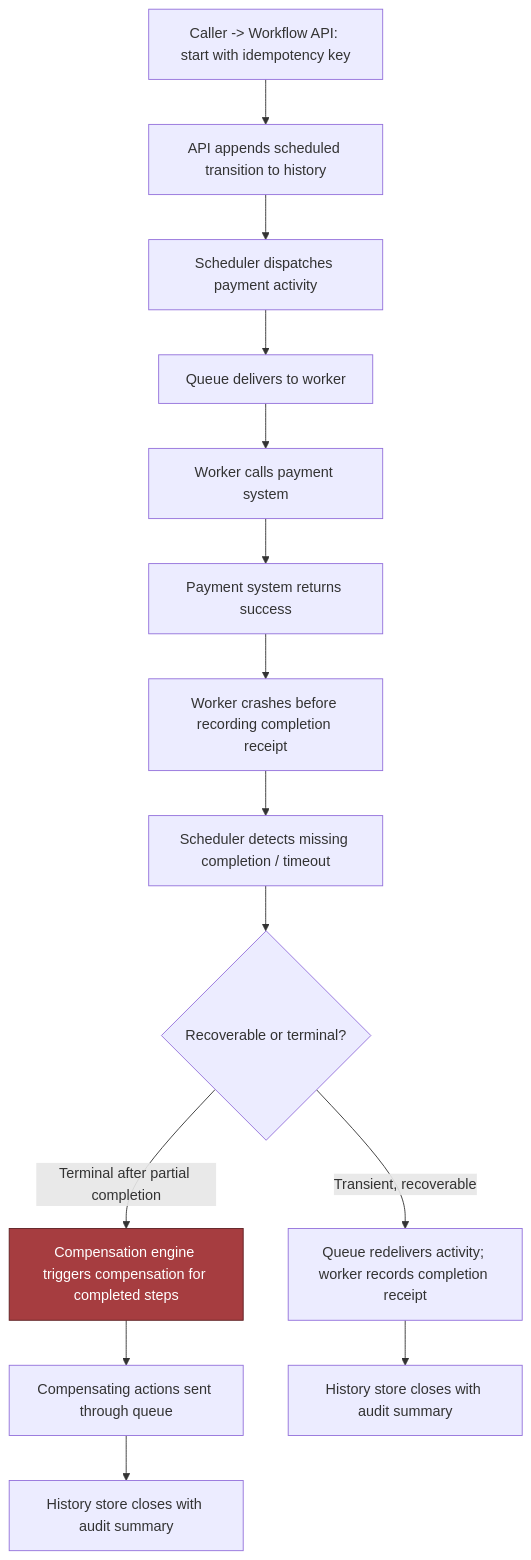
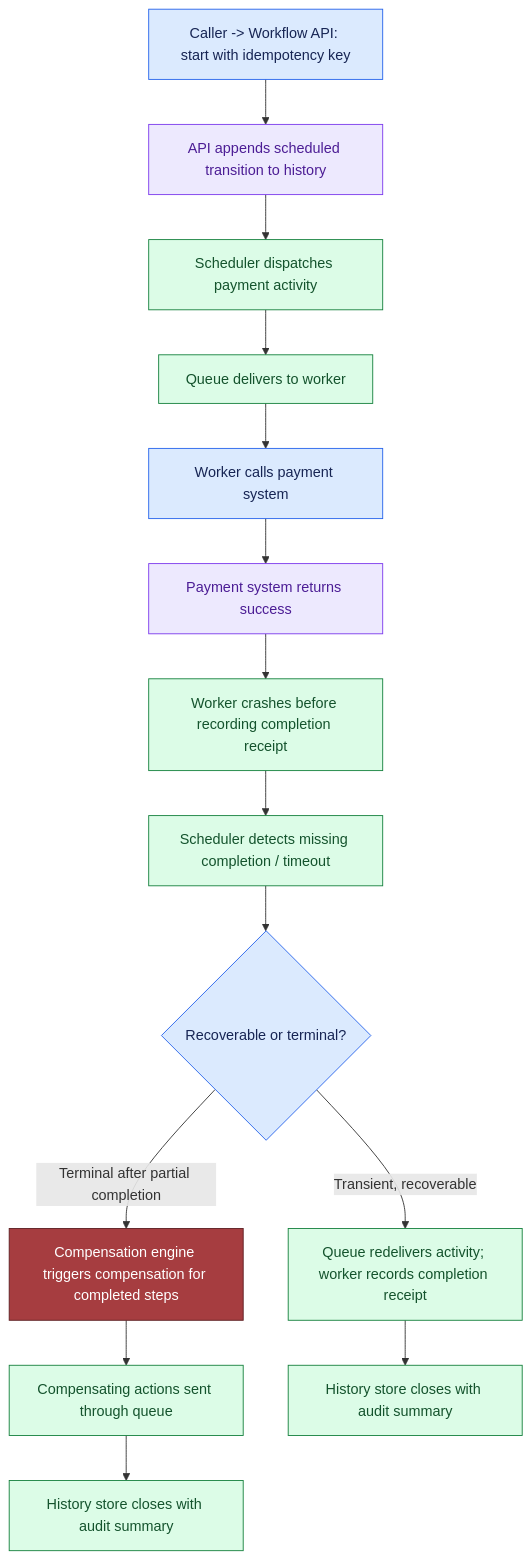
Before and after one commit to Sourav692/Forward-Deployed-Engineer-Interview-Prep: the third of 3 diagrams in site/content/modules/15-fde-case-studies/standalone-designs/reliable-workflow-orchestration/tutorial-v2-part-4.md, drawn with Mermaid. The commit also changed other lines of this file and 1268 other files, not shown here.

First line of the commit message:
content: polish Casebook writing and Mermaid diagrams (#251)

````diff
--- a/site/content/modules/15-fde-case-studies/standalone-designs/reliable-workflow-orchestration/tutorial-v2-part-4.md
+++ b/site/content/modules/15-fde-case-studies/standalone-designs/reliable-workflow-orchestration/tutorial-v2-part-4.md
@@ -158,17 +186,25 @@
 ```mermaid
 flowchart TD
   A["Caller -> Workflow API: start with idempotency key"] --> B["API appends scheduled transition to history"]
   B --> C["Scheduler dispatches payment activity"]
   C --> D["Queue delivers to worker"]
   D --> E["Worker calls payment system"]
   E --> F["Payment system returns success"]
   F --> G["Worker crashes before recording completion receipt"]
   G --> H["Scheduler detects missing completion / timeout"]
   H --> I{Recoverable or terminal?}
   I -->|Transient, recoverable| J["Queue redelivers activity; worker records completion receipt"]
   I -->|Terminal after partial completion| K["Compensation engine triggers compensation for completed steps"]
   K --> L["Compensating actions sent through queue"]
   L --> M["History store closes with audit summary"]
   J --> N["History store closes with audit summary"]
   style K fill:#a63d40,stroke:#5c1f22,color:#fff
+
+    %% Casebook colours: entry, reasoning, results, controls, and stopped paths.
+    classDef cbInput fill:#dbeafe,stroke:#2563eb,color:#172554
+    class A,E,I cbInput
+    classDef cbReason fill:#ede9fe,stroke:#7c3aed,color:#4c1d95
+    class B,F cbReason
+    classDef cbAction fill:#dcfce7,stroke:#15803d,color:#14532d
+    class C,D,G,H,J,K,L,M,N cbAction
 ```
````
